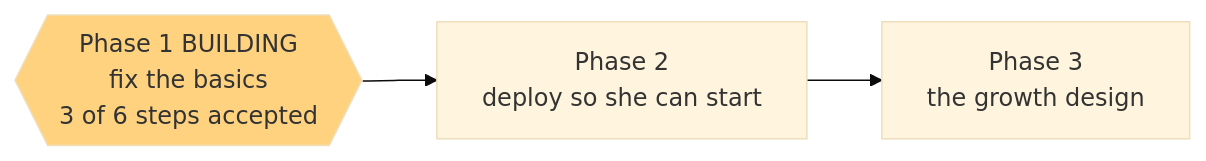
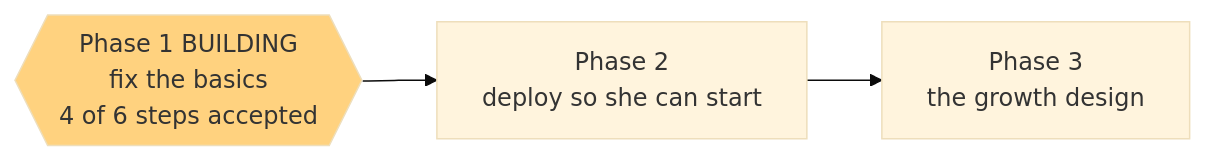
Before and after one commit to dkreinov/magic-clinic-english: the diagram in .oplan/poc-basics/STATUS.md, drawn with Mermaid (base theme). The commit also changed other lines of this file and 2 other files, not shown here.

Commit message:
oplan: step 1.4 accepted and checkpointed

````diff
--- a/.oplan/poc-basics/STATUS.md
+++ b/.oplan/poc-basics/STATUS.md
@@ -9,7 +9,7 @@
 ```mermaid
 flowchart LR
-    P1{{Phase 1 BUILDING<br/>fix the basics<br/>3 of 6 steps accepted}} --> P2
+    P1{{Phase 1 BUILDING<br/>fix the basics<br/>4 of 6 steps accepted}} --> P2
     P2[Phase 2<br/>deploy so she can start]  --> P3
     P3[Phase 3<br/>the growth design]
     style P1 fill:#ffd27f
 ```
````
